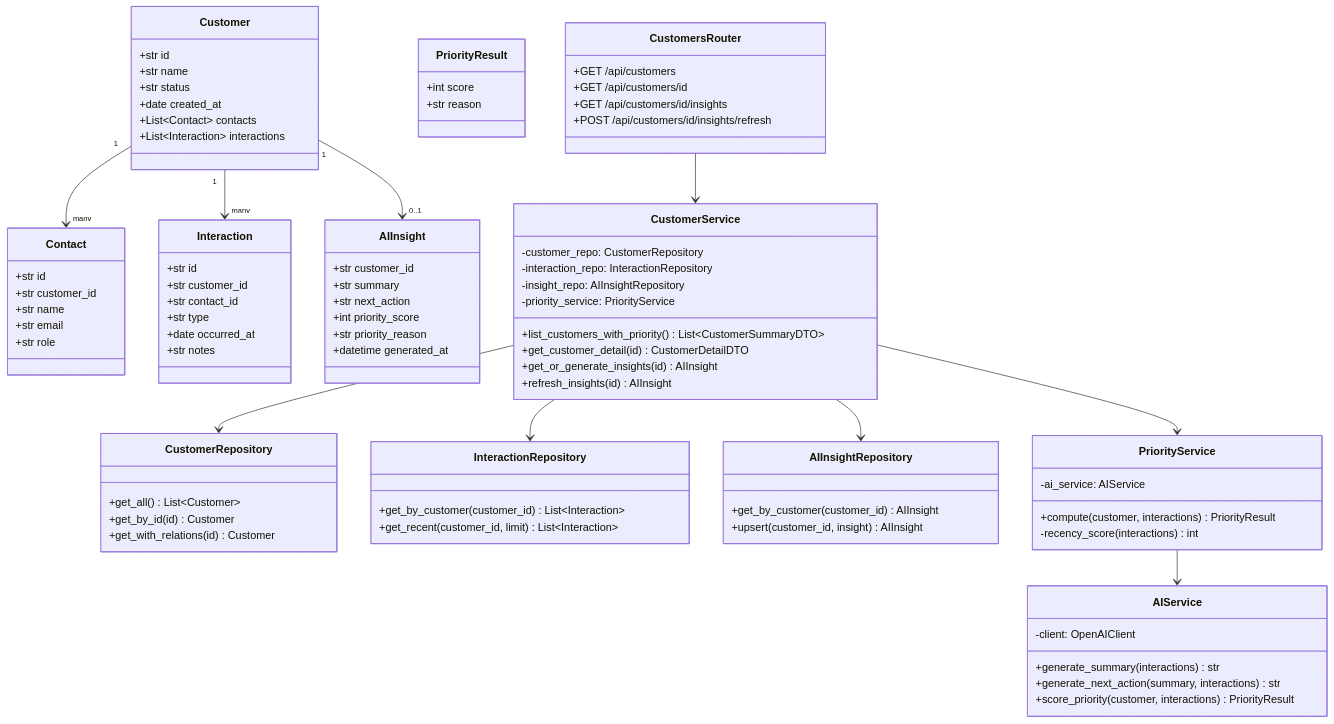
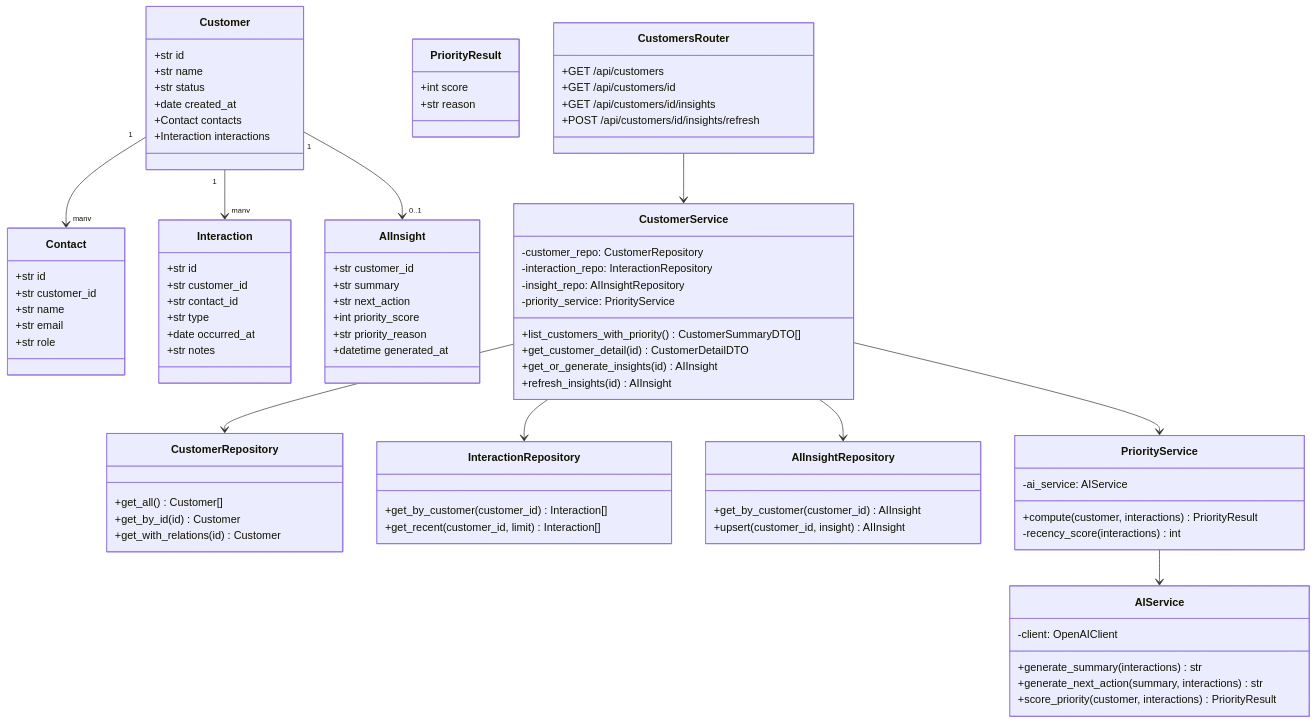
The second of 5 diagrams in docs/SYSTEM_DESIGN.md (misbahurr/CRM-app), drawn with Mermaid before and after one commit. The commit also changed other lines of this file and 1 other file, not shown here.

First line of the commit message:
Refactor data types in architecture and system design documentation

```diff
--- a/docs/SYSTEM_DESIGN.md
+++ b/docs/SYSTEM_DESIGN.md
@@ -67,8 +69,8 @@
         +str name
         +str status
         +date created_at
-        +List~Contact~ contacts
-        +List~Interaction~ interactions
+        +Contact contacts
+        +Interaction interactions
     }
 
     class Contact {
@@ -98,14 +100,14 @@
     }
 
     class CustomerRepository {
-        +get_all() List~Customer~
+        +get_all() Customer[]
         +get_by_id(id) Customer
         +get_with_relations(id) Customer
     }
 
     class InteractionRepository {
-        +get_by_customer(customer_id) List~Interaction~
-        +get_recent(customer_id, limit) List~Interaction~
+        +get_by_customer(customer_id) Interaction[]
+        +get_recent(customer_id, limit) Interaction[]
     }
 
     class AIInsightRepository {
@@ -136,7 +138,7 @@
         -interaction_repo: InteractionRepository
         -insight_repo: AIInsightRepository
         -priority_service: PriorityService
-        +list_customers_with_priority() List~CustomerSummaryDTO~
+        +list_customers_with_priority() CustomerSummaryDTO[]
         +get_customer_detail(id) CustomerDetailDTO
         +get_or_generate_insights(id) AIInsight
         +refresh_insights(id) AIInsight
```
